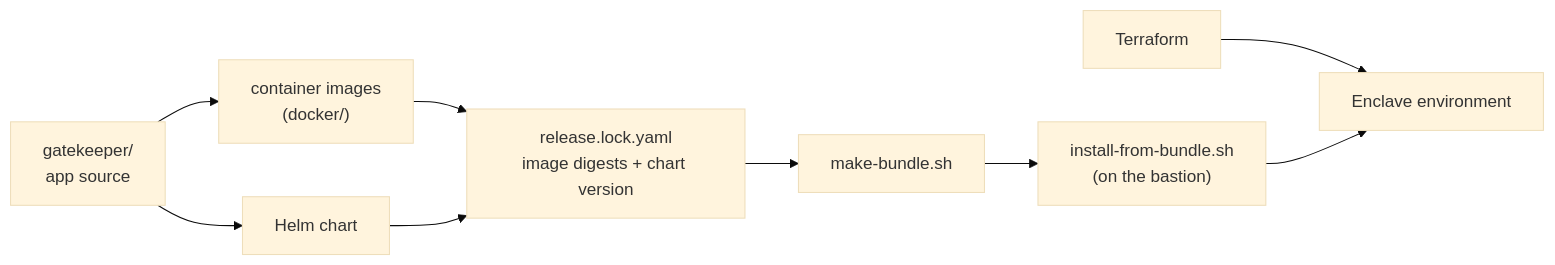
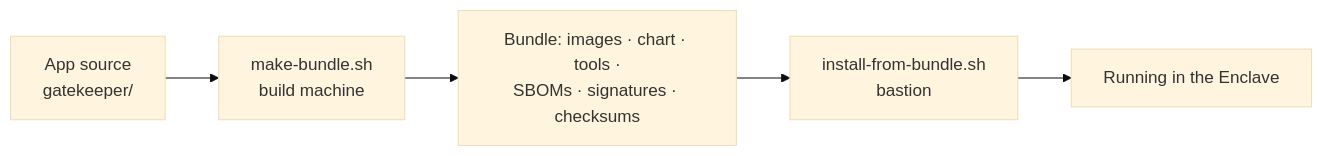
The second of 2 diagrams in README.md (ghantasala-sr/GateKeeper-enclave), drawn with Mermaid (base theme) before and after one commit. The commit also changed other lines of this file, not shown here.

Commit message:
README: rewrite as a clear overview (guarantees, architecture, release flow, evidence, limits, docs, layout); no planning or roadmap

````diff
--- a/README.md
+++ b/README.md
@@ -74,8 +68,7 @@
 ```mermaid
 flowchart LR
-    SRC["gatekeeper/<br/>app source"] --> IMG["container images<br/>(docker/)"] & CHART["Helm chart"]
-    IMG & CHART --> LOCK["release.lock.yaml<br/>image digests + chart version"]
-    LOCK --> BUNDLE["make-bundle.sh"] --> INSTALL["install-from-bundle.sh<br/>(on the bastion)"]
-    TF["Terraform"] --> ENV["Enclave environment"]
-    INSTALL --> ENV
+    SRC["App source<br/>gatekeeper/"] --> BUILD["make-bundle.sh<br/>build machine"]
+    BUILD --> BUNDLE["Bundle: images · chart · tools ·<br/>SBOMs · signatures · checksums"]
+    BUNDLE --> INSTALL["install-from-bundle.sh<br/>bastion"]
+    INSTALL --> RUN["Running in the Enclave"]
 ```
````
